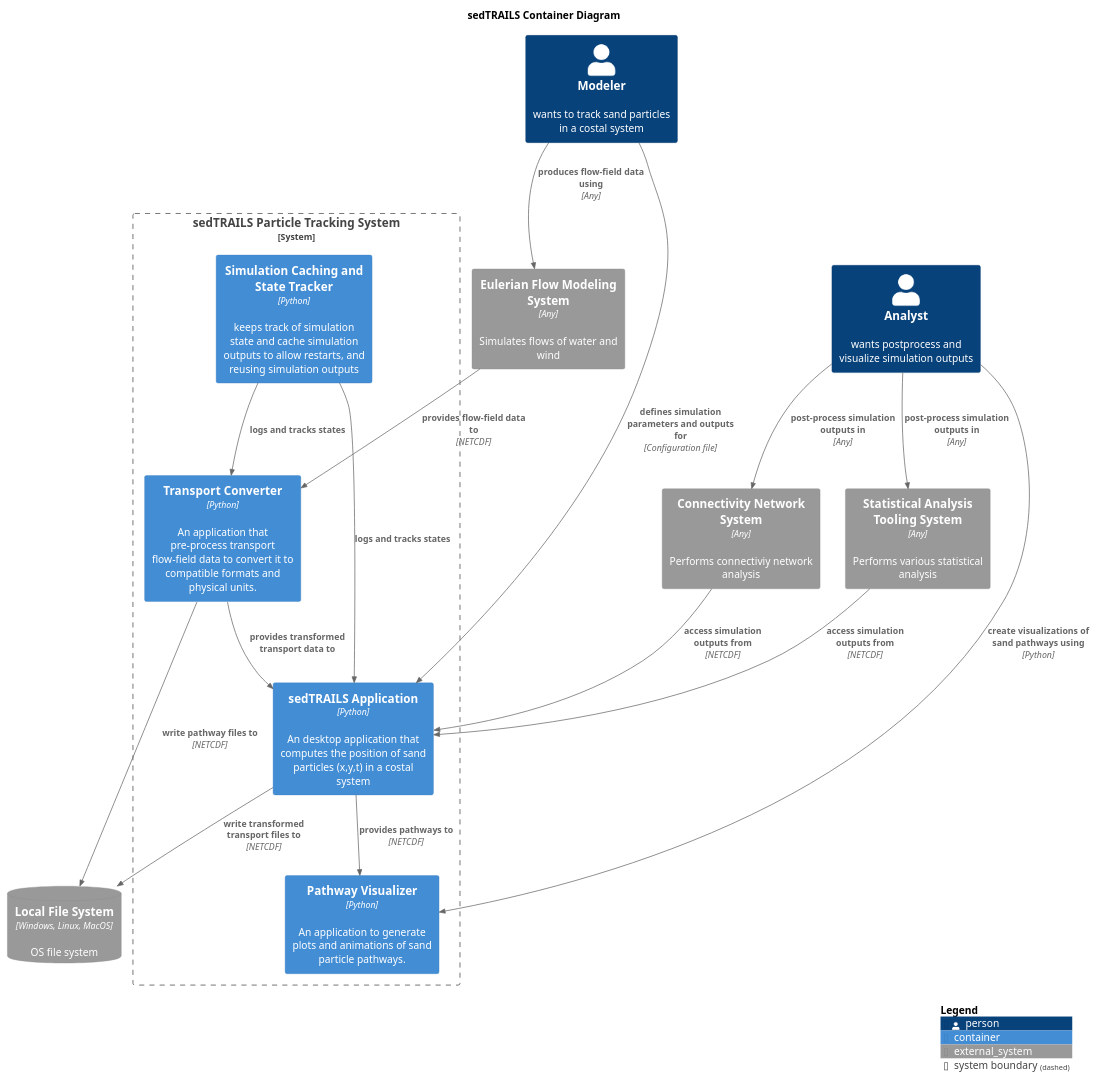
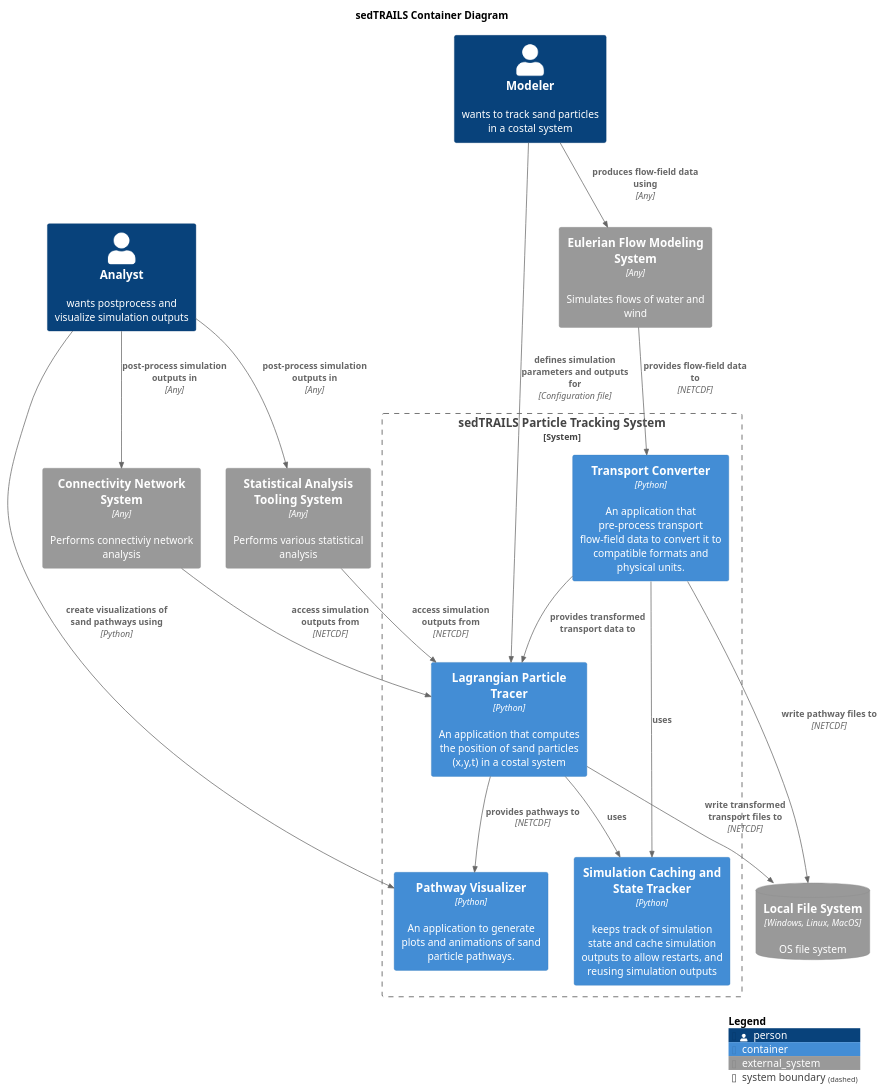
One commit to sgpearson17/sedtrails-sgp changed the diagram in diagrams/containers.puml. Above: the diagram before and after it, drawn with PlantUML.

Commit message:
rename sedTRAILS Application to Lagrangian Particle Tracer and update relationships in container diagram

```diff
--- a/diagrams/containers.puml
+++ b/diagrams/containers.puml
@@ -1,45 +1,45 @@
 @startuml SedtrailContainer
 !include <C4/C4_Container>
 
 title sedTRAILS Container Diagram
 ' scale 2
 
 ' LAYOUT_LEFT_RIGHT()
 ' LAYOUT_LANDSCAPE()
 
 Person(modeler, "Modeler", "wants to track sand particles in a costal system")
 Person(analyst, "Analyst", "wants postprocess and visualize simulation outputs")
 
 System_Boundary(sedtrailsSystem, "sedTRAILS Particle Tracking System"){ 
-    Container(sedtrailsApp, "sedTRAILS Application", "Python", "An desktop application that computes the position of sand particles (x,y,t) in a costal system")
+    Container(sedtrailsTracer, "Lagrangian Particle Tracer", "Python", "An application that computes the position of sand particles (x,y,t) in a costal system")
     Container(transportConverter, "Transport Converter", "Python", "An application that pre-process transport flow-field data to convert it to compatible formats and physical units.")
     Container(pathwayVisualizer, "Pathway Visualizer", "Python", "An application to generate plots and animations of sand particle pathways.")
     Container(cache, "Simulation Caching and State Tracker", "Python", "keeps track of simulation state and cache simulation outputs to allow restarts, and reusing simulation outputs")
     
-    Rel(transportConverter, sedtrailsApp, "provides transformed transport data to")
-    Rel(sedtrailsApp, pathwayVisualizer, "provides pathways to", "NETCDF")
-    Rel(cache, sedtrailsApp,  "logs and tracks states")
-    Rel( cache, transportConverter, "logs and tracks states")
+    Rel(transportConverter, sedtrailsTracer, "provides transformed transport data to")
+    Rel(sedtrailsTracer, pathwayVisualizer, "provides pathways to", "NETCDF")
+    Rel(sedtrailsTracer, cache,  "uses")
+    Rel(transportConverter, cache,  "uses")
 }
 
 System_Ext(flowSystem, "Eulerian Flow Modeling System", "Simulates flows of water and wind", $type="Any")
 System_Ext(connectivityNetworkSys, "Connectivity Network System", "Performs connectiviy network analysis", $type="Any")
 System_Ext(statisticsSys, "Statistical Analysis Tooling System", "Performs various statistical analysis", $type="Any")
 
 SystemDb_Ext(fileSystem, "Local File System", "OS file system", $type="Windows, Linux, MacOS")
-Rel(sedtrailsApp, fileSystem, "write transformed transport files to", "NETCDF")
+Rel(sedtrailsTracer, fileSystem, "write transformed transport files to", "NETCDF")
 Rel(transportConverter, fileSystem, "write pathway files to", "NETCDF")
 
-Rel(modeler, sedtrailsApp, "defines simulation parameters and outputs for", "Configuration file")
-Rel(connectivityNetworkSys, sedtrailsApp, "access simulation outputs from", "NETCDF")
-Rel(statisticsSys, sedtrailsApp, "access simulation outputs from", "NETCDF")
+Rel(modeler, sedtrailsTracer, "defines simulation parameters and outputs for", "Configuration file")
+Rel(connectivityNetworkSys, sedtrailsTracer, "access simulation outputs from", "NETCDF")
+Rel(statisticsSys, sedtrailsTracer, "access simulation outputs from", "NETCDF")
 Rel(analyst, pathwayVisualizer, "create visualizations of sand pathways using", "Python")
 Rel(analyst, connectivityNetworkSys, "post-process simulation outputs in", "Any")
 Rel(analyst, statisticsSys, "post-process simulation outputs in", "Any")
 
 Rel(modeler, flowSystem, "produces flow-field data using", "Any")
 Rel(flowSystem, transportConverter, "provides flow-field data to ", "NETCDF")
 
 
 SHOW_LEGEND()
 @enduml
```
